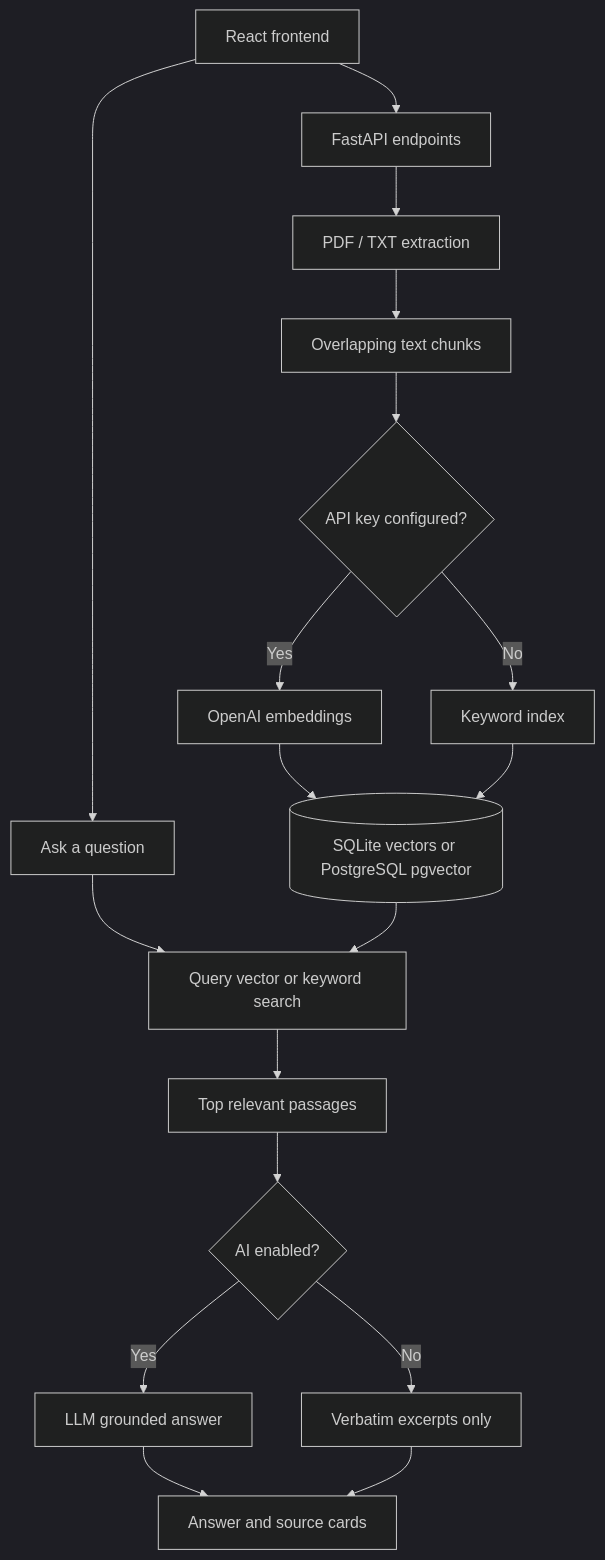
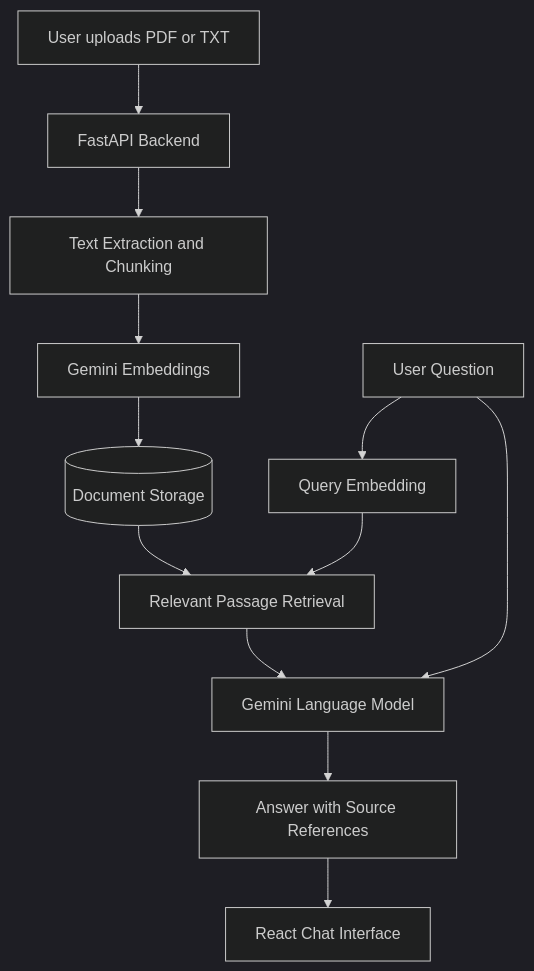
One commit to md-shihabulislam/atlas-ai-knowledge-assistant changed the diagram in README.md. Above: the diagram before and after it, drawn with Mermaid (dark theme). The commit also changed other lines of this file, not shown here.

Commit message:
docs: update README for Gemini RAG architecture

````diff
--- a/README.md
+++ b/README.md
@@ -75,20 +40,16 @@
 ```mermaid
 flowchart TD
-    A[React frontend] --> B[FastAPI endpoints]
-    B --> C[PDF / TXT extraction]
-    C --> D[Overlapping text chunks]
-    D --> E{API key configured?}
-    E -- Yes --> F[OpenAI embeddings]
-    E -- No --> G[Keyword index]
-    F --> H[(SQLite vectors or PostgreSQL pgvector)]
-    G --> H
-    A --> I[Ask a question]
-    I --> J[Query vector or keyword search]
-    H --> J
-    J --> K[Top relevant passages]
-    K --> L{AI enabled?}
-    L -- Yes --> M[LLM grounded answer]
-    L -- No --> N[Verbatim excerpts only]
-    M --> O[Answer and source cards]
-    N --> O
+    A[User uploads PDF or TXT] --> B[FastAPI Backend]
+    B --> C[Text Extraction and Chunking]
+    C --> D[Gemini Embeddings]
+    D --> E[(Document Storage)]
+
+    F[User Question] --> G[Query Embedding]
+    G --> H[Relevant Passage Retrieval]
+    E --> H
+
+    H --> I[Gemini Language Model]
+    F --> I
+    I --> J[Answer with Source References]
+    J --> K[React Chat Interface]
 ```
````
